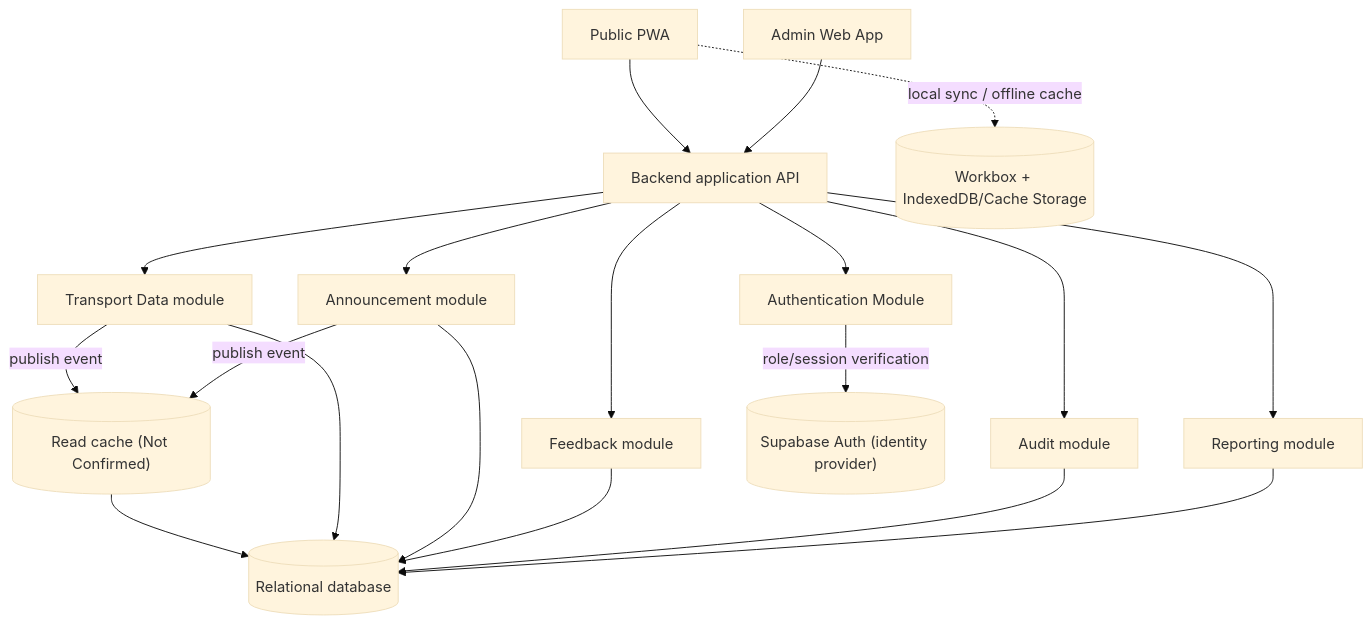
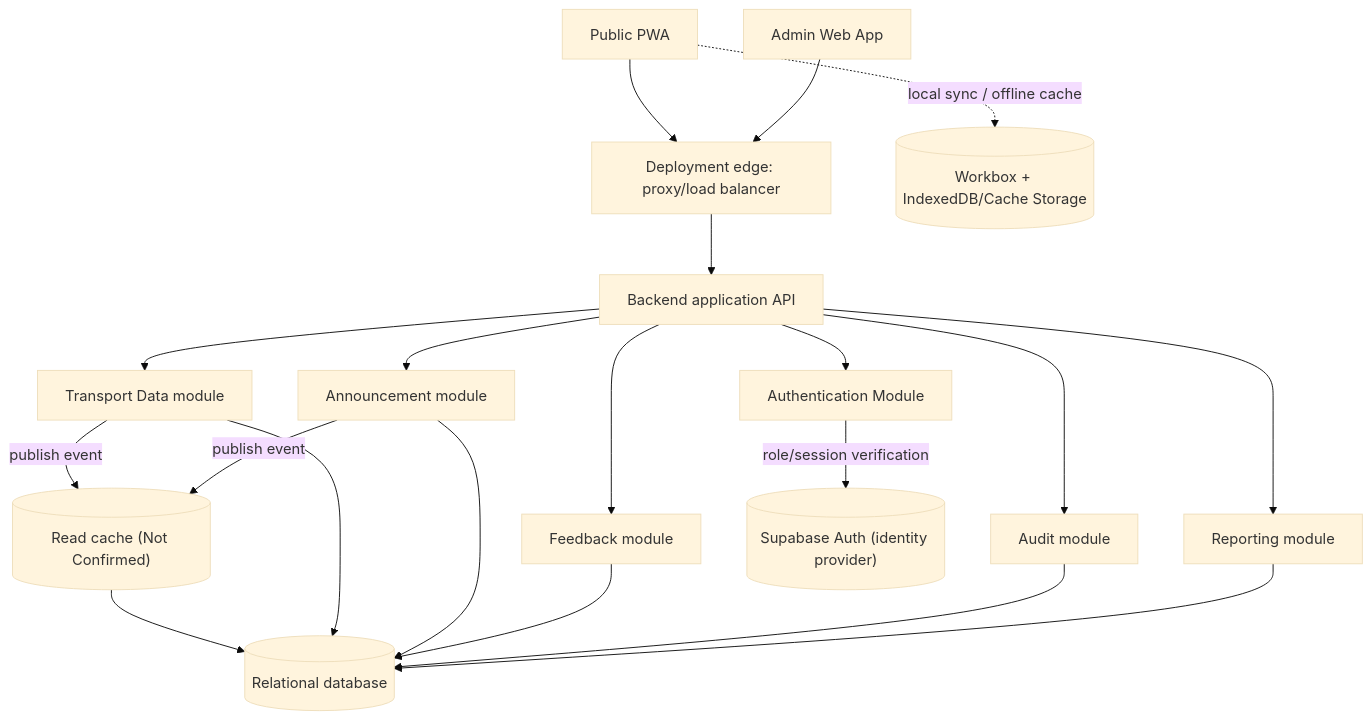
Before and after one commit to DaniyalZaki/TransportManagementSystem: the diagram in architecture.md, drawn with Mermaid (base theme). The commit also changed other lines of this file and 3 other files, not shown here.

Commit message:
docs: define public API overload protection

````diff
--- a/architecture.md
+++ b/architecture.md
@@ -47,21 +49,22 @@
 ```mermaid
 flowchart TD
-    PUI[Public PWA] --> API[Backend application API]
-    AUI[Admin Web App] --> API
+    PUI[Public PWA] --> EDGE[Deployment edge: proxy/load balancer]
+    AUI[Admin Web App] --> EDGE
+    EDGE --> API[Backend application API]
     API --> TD[Transport Data module]
     API --> ANN[Announcement module]
     API --> FB[Feedback module]
     API --> AUD[Audit module]
     API --> REP[Reporting module]
     API --> AUTH[Authentication Module]
     TD -->|publish event| CACHE[("Read cache (Not Confirmed)")]
     ANN -->|publish event| CACHE
     CACHE --> DB[(Relational database)]
     TD --> DB
     ANN --> DB
     FB --> DB
     AUD --> DB
     REP --> DB
     AUTH -->|role/session verification| IDP[("Supabase Auth (identity provider)")]
     PUI -.->|local sync / offline cache| LOCAL[("Workbox + IndexedDB/Cache Storage")]
 ```
````
